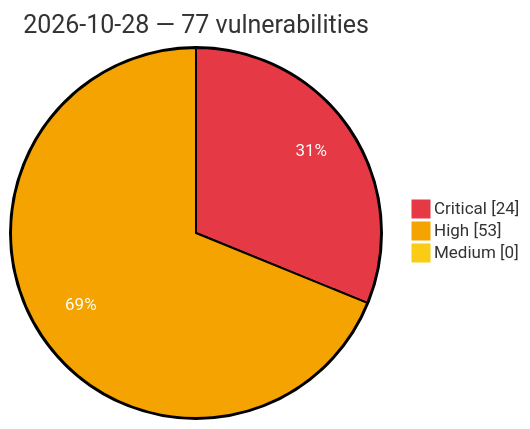
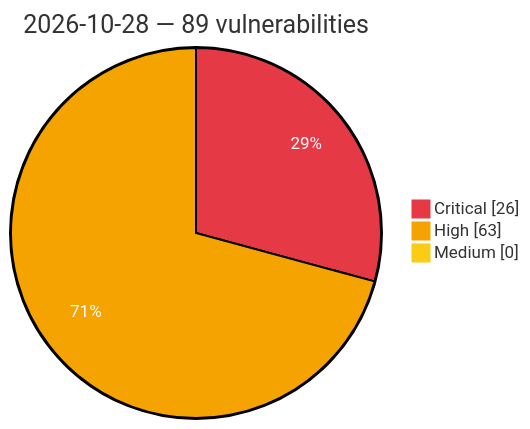
The diagram in vulnerabilities/2026/October/2026-10-28.md (GhostX0X/vuln-tracker), drawn with Mermaid before and after one commit. The commit also changed other lines of this file and 8 other files, not shown here.

Commit message:
Auto update: critical/high vulns (2026-10-29 02:53 UTC)

````diff
--- a/vulnerabilities/2026/October/2026-10-28.md
+++ b/vulnerabilities/2026/October/2026-10-28.md
@@ -3,8 +3,8 @@
 ```mermaid
 %%{init: {'theme':'base', 'themeVariables': {'pie1':'#e63946', 'pie2':'#f4a300', 'pie3':'#facc15', 'pieOpacity':'1', 'pieOuterStrokeWidth':'2px', 'pieSectionTextColor':'#ffffff'}}}%%
 pie showData
-    title 2026-10-28 — 77 vulnerabilities
-    "Critical" : 24
-    "High" : 53
+    title 2026-10-28 — 89 vulnerabilities
+    "Critical" : 26
+    "High" : 63
     "Medium" : 0
 ```
````
